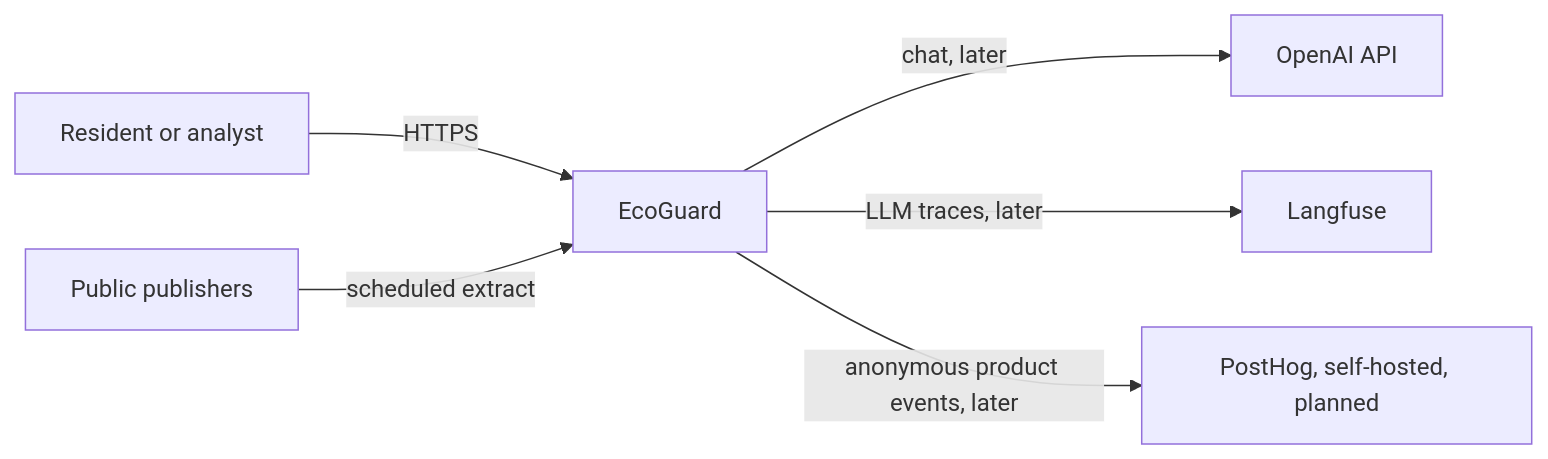
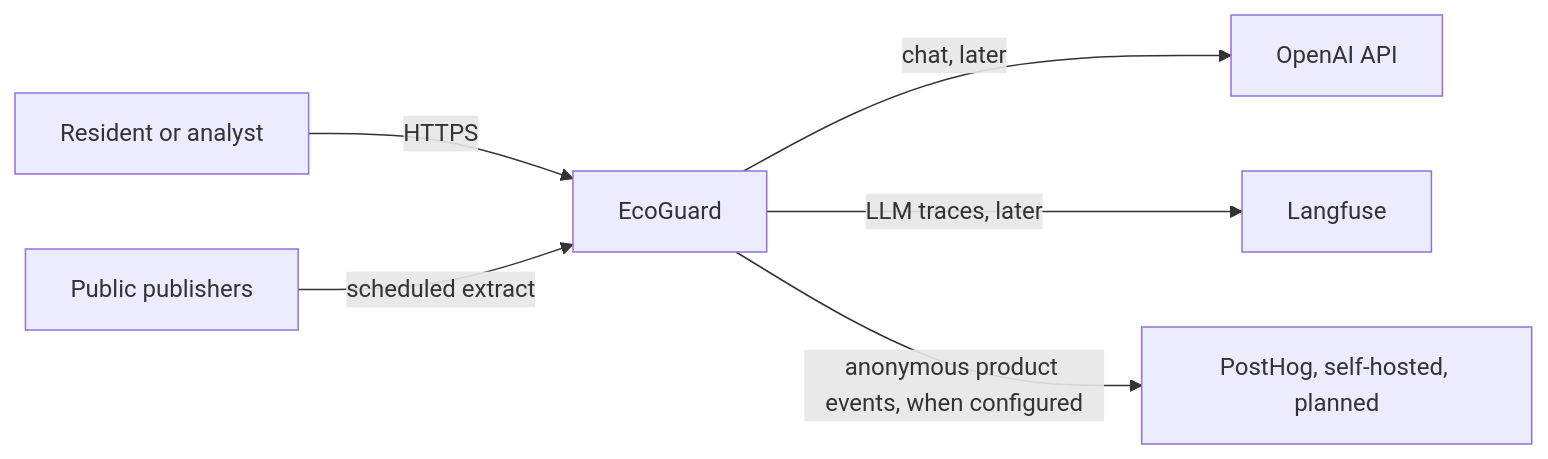
One commit to MarcoAurelioMeneses/ecoguard changed the first of 4 diagrams in docs/architecture.md. Above: the diagram before and after it, drawn with Mermaid. The commit also changed other lines of this file and 120 other files, not shown here.

````diff
--- a/docs/architecture.md
+++ b/docs/architecture.md
@@ -9,15 +9,15 @@
 ```mermaid
 flowchart LR
   user["Resident or analyst"]
   ecoguard["EcoGuard"]
   sources["Public publishers"]
   openai["OpenAI API"]
   langfuse["Langfuse"]
   posthog["PostHog, self-hosted, planned"]
 
   user -->|"HTTPS"| ecoguard
   sources -->|"scheduled extract"| ecoguard
   ecoguard -->|"chat, later"| openai
   ecoguard -->|"LLM traces, later"| langfuse
-  ecoguard -->|"anonymous product events, later"| posthog
+  ecoguard -->|"anonymous product events, when configured"| posthog
 ```
````
